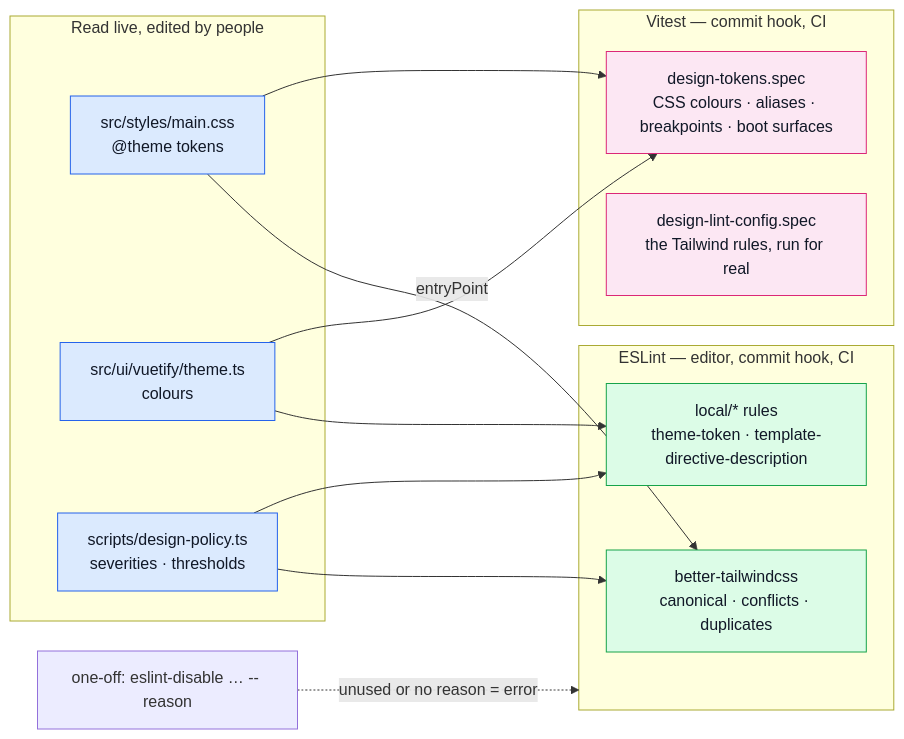
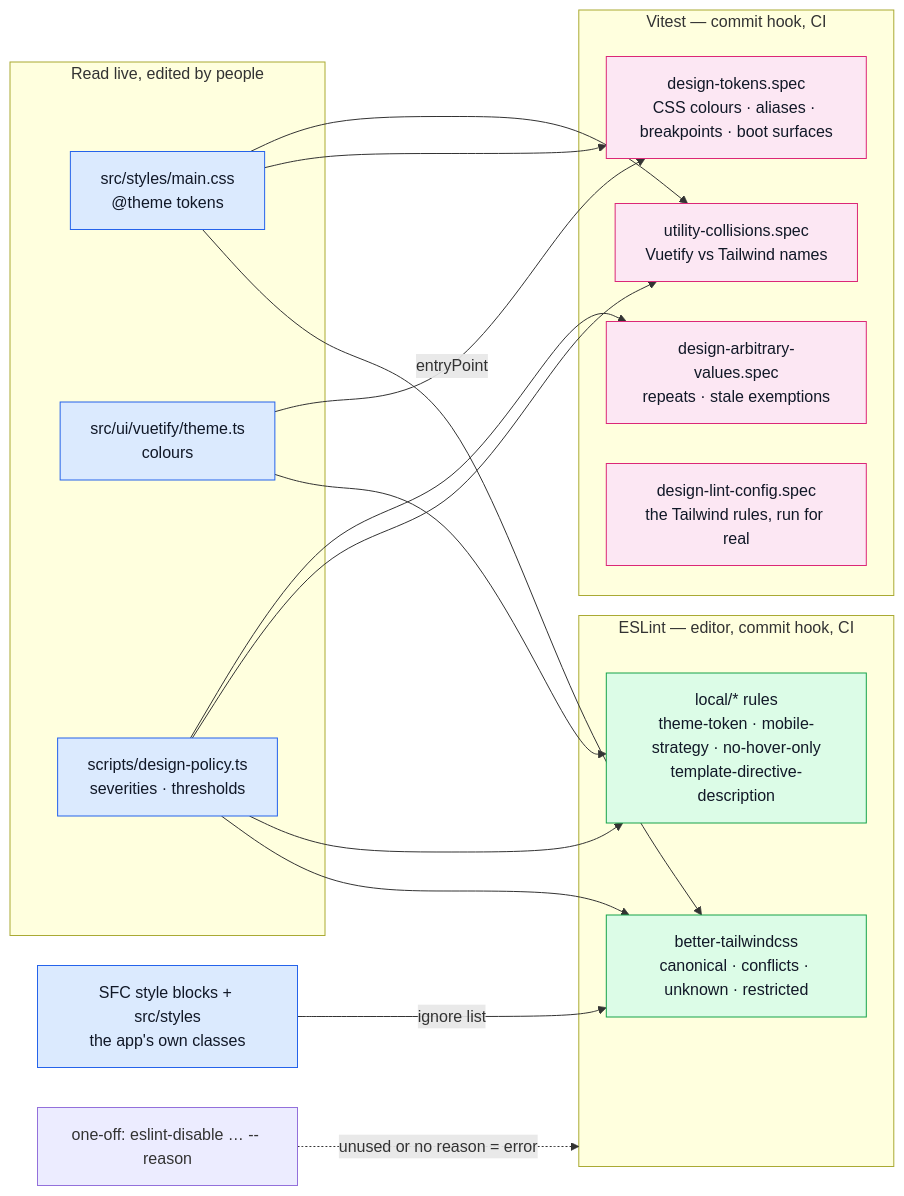
Before and after one commit to Guebbit/boilerplate-vue-frontend: the diagram in docs/tools/design-lint.md, drawn with Mermaid. The commit also changed other lines of this file and 7 other files, not shown here.

First line of the commit message:
docs(design): explain the radius scale, the tokens, the refused classes and the phone strategy

````diff
--- a/docs/tools/design-lint.md
+++ b/docs/tools/design-lint.md
@@ -9,34 +9,40 @@
 ```mermaid
 %%{init: {'flowchart': {'nodeSpacing': 40, 'rankSpacing': 55}}}%%
 flowchart LR
     subgraph Truth["Read live, edited by people"]
         CSS["src/styles/main.css<br/>@theme tokens"]
         Theme["src/ui/vuetify/theme.ts<br/>colours"]
         Policy["scripts/design-policy.ts<br/>severities · thresholds"]
     end
 
     subgraph Lint["ESLint — editor, commit hook, CI"]
-        BTW["better-tailwindcss<br/>canonical · conflicts · duplicates"]
-        Local["local/* rules<br/>theme-token · template-directive-description"]
+        BTW["better-tailwindcss<br/>canonical · conflicts · unknown · restricted"]
+        Local["local/* rules<br/>theme-token · mobile-strategy · no-hover-only<br/>template-directive-description"]
     end
 
     subgraph Specs["Vitest — commit hook, CI"]
         Tok["design-tokens.spec<br/>CSS colours · aliases · breakpoints · boot surfaces"]
+        Col["utility-collisions.spec<br/>Vuetify vs Tailwind names"]
+        Arb["design-arbitrary-values.spec<br/>repeats · stale exemptions"]
         Cfg["design-lint-config.spec<br/>the Tailwind rules, run for real"]
     end
 
     CSS -->|entryPoint| BTW
     CSS --> Tok
+    CSS --> Col
+    Styles["SFC style blocks + src/styles<br/>the app's own classes"] -->|ignore list| BTW
     Theme --> Local
     Theme --> Tok
     Policy --> BTW
     Policy --> Local
+    Policy --> Col
+    Policy --> Arb
     Hatch["one-off: eslint-disable … -- reason"] -.->|"unused or no reason = error"| Lint
 
     classDef src fill:#dbeafe,stroke:#2563eb,color:#111827;
     classDef lint fill:#dcfce7,stroke:#16a34a,color:#111827;
     classDef spec fill:#fce7f3,stroke:#db2777,color:#111827;
-    class CSS,Theme,Policy src;
+    class CSS,Theme,Policy,Styles src;
     class BTW,Local lint;
-    class Tok,Cfg spec;
+    class Tok,Col,Arb,Cfg spec;
 ```
````
